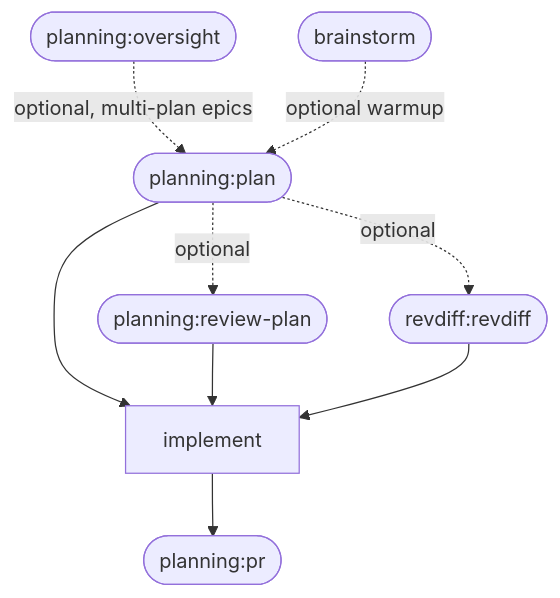
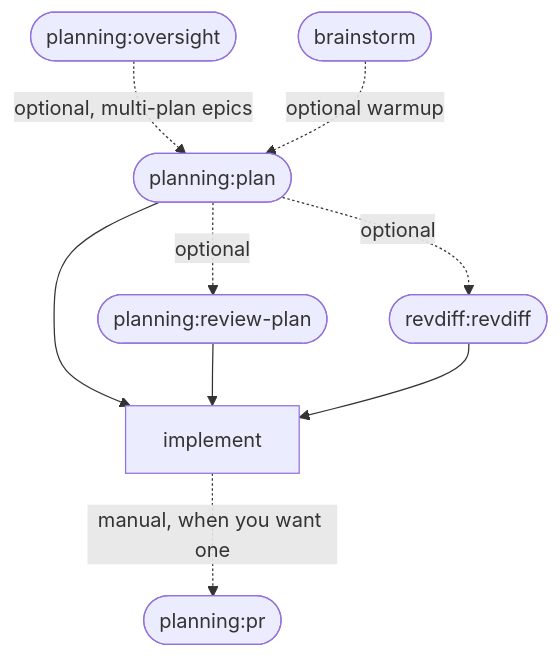
One commit to parMaster/claude-dlc changed the diagram in README.md. Above: the diagram before and after it, drawn with Mermaid. The commit also changed 4 other files, not shown here.

````diff
--- a/README.md
+++ b/README.md
@@ -28,19 +28,19 @@
 ```mermaid
 flowchart TD
     OV(["planning:oversight"])
     BS(["brainstorm"])
     PL(["planning:plan"])
     RP(["planning:review-plan"])
     RD(["revdiff:revdiff"])
     IM["implement"]
     DPR(["planning:pr"])
 
     OV -.->|optional, multi-plan epics| PL
     BS -.->|optional warmup| PL
     PL -.->|optional| RP
     PL -.->|optional| RD
     PL --> IM
     RP --> IM
     RD --> IM
-    IM --> DPR
+    IM -.->|manual, when you want one| DPR
 ```
````
